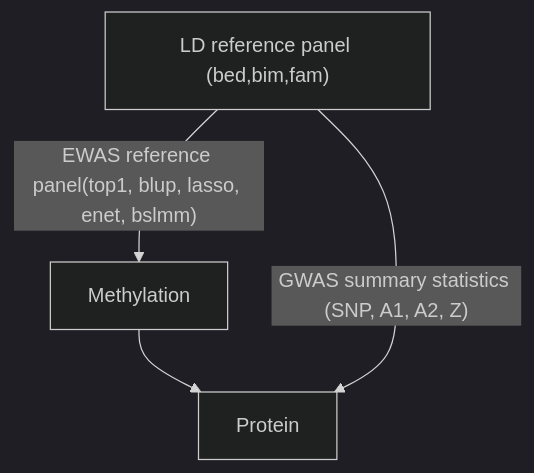
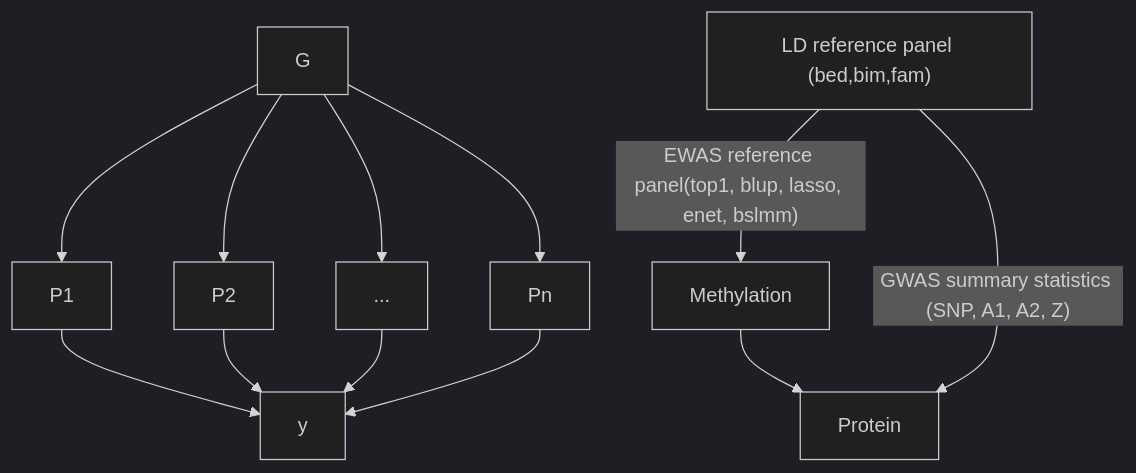
Before and after one commit to jinghuazhao/INF: the second of 2 diagrams in docs/README.md, drawn with Mermaid (dark theme).

````diff
--- a/docs/README.md
+++ b/docs/README.md
@@ -45,6 +33,15 @@
 ```mermaid
-graph TB;
+graph TD;
+  G --> P1
+  G --> P2
+  G --> ...
+  G --> Pn
+  P1 --> y
+  P2 --> y
+  ... --> y
+  Pn --> y
+
   SNP["LD reference panel (bed,bim,fam)"] --> |"EWAS reference panel(top1, blup, lasso, enet, bslmm)"| Methylation;
   Methylation --> Protein;
   SNP --> |"GWAS summary statistics (SNP, A1, A2, Z)"| Protein;
 ```
````
